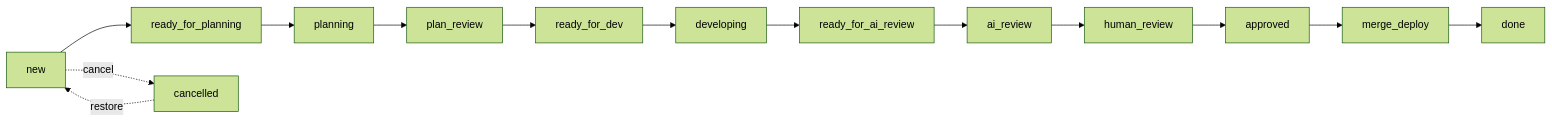
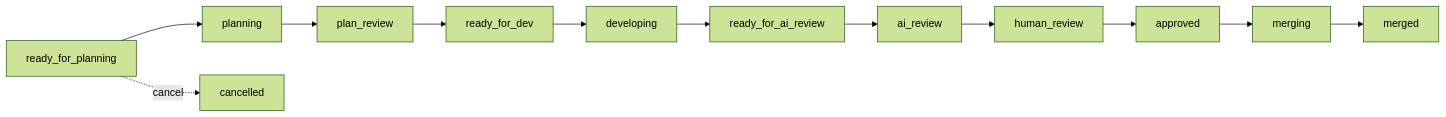
Before and after one commit to tetrixdev/lodestar: the first of 3 diagrams in docs/ARCHITECTURE.md, drawn with Mermaid (forest theme). The commit also changed other lines of this file and 28 other files, not shown here.

First line of the commit message:
W3: drop task new; rename done→merged, merge_deploy→merging (tasks+deliverables)

````diff
--- a/docs/ARCHITECTURE.md
+++ b/docs/ARCHITECTURE.md
@@ -176,8 +177,7 @@
 ```mermaid
 flowchart LR
-    new --> ready_for_planning --> planning --> plan_review --> ready_for_dev
+    ready_for_planning --> planning --> plan_review --> ready_for_dev
     ready_for_dev --> developing --> ready_for_ai_review --> ai_review --> human_review
-    human_review --> approved --> merge_deploy --> done
-    new -.cancel.-> cancelled
-    cancelled -.restore.-> new
+    human_review --> approved --> merging --> merged
+    ready_for_planning -.cancel.-> cancelled
 ```
````
